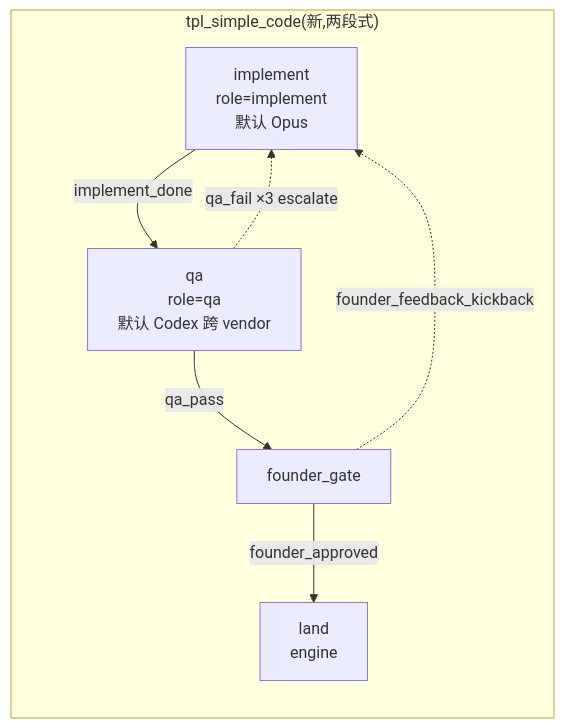
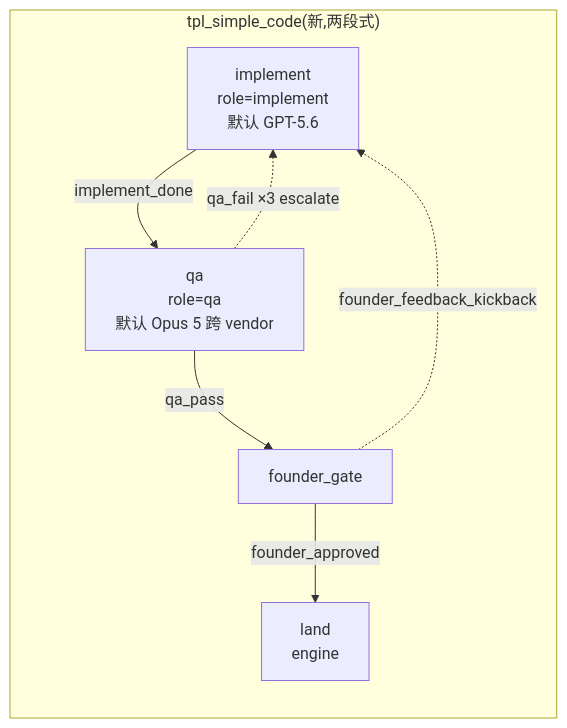
One commit to xrliAnnie/flywheel-qa-sandbox changed the first of 2 diagrams in engineering/doc/FLY-1859-simple-code-pipeline/plan.md. Above: the diagram before and after it, drawn with Mermaid. The commit also changed other lines of this file and 4 other files, not shown here.

Commit message:
fix(workflow): pin simple code to codex then opus

````diff
--- a/engineering/doc/FLY-1859-simple-code-pipeline/plan.md
+++ b/engineering/doc/FLY-1859-simple-code-pipeline/plan.md
@@ -47,10 +49,10 @@
 ```mermaid
 graph LR
     subgraph tpl_simple_code["tpl_simple_code(新,两段式)"]
-        I[implement<br/>role=implement<br/>默认 Opus] -->|implement_done| Q[qa<br/>role=qa<br/>默认 Codex 跨 vendor]
+        I[implement<br/>role=implement<br/>默认 GPT-5.6] -->|implement_done| Q[qa<br/>role=qa<br/>默认 Opus 5 跨 vendor]
         Q -->|qa_pass| G[founder_gate]
         G -->|founder_approved| L[land<br/>engine]
         Q -.qa_fail ×3 escalate.-> I
         G -.founder_feedback_kickback.-> I
     end
 ```
````
